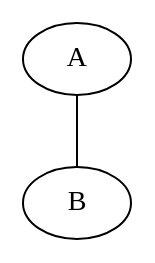
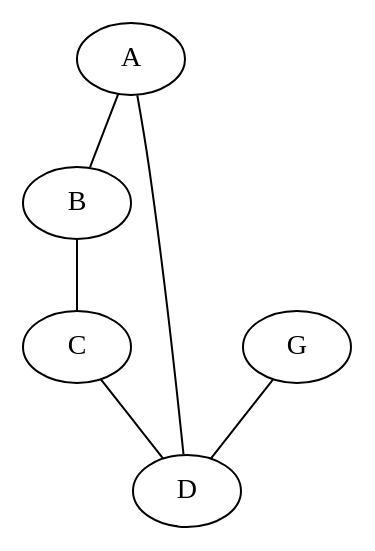
The diagram in sample_data/1234/src/index.md (oeb25/riport), drawn with Graphviz before and after one commit. The commit also changed other lines of this file and 7 other files, not shown here.

````diff
--- a/sample_data/1234/src/index.md
+++ b/sample_data/1234/src/index.md
@@ -25,5 +26,9 @@
 ```graphviz
 graph G {
     A -- B
+    B -- C
+    C -- D
+    D -- A
+    G -- D
 }
 ```
````
